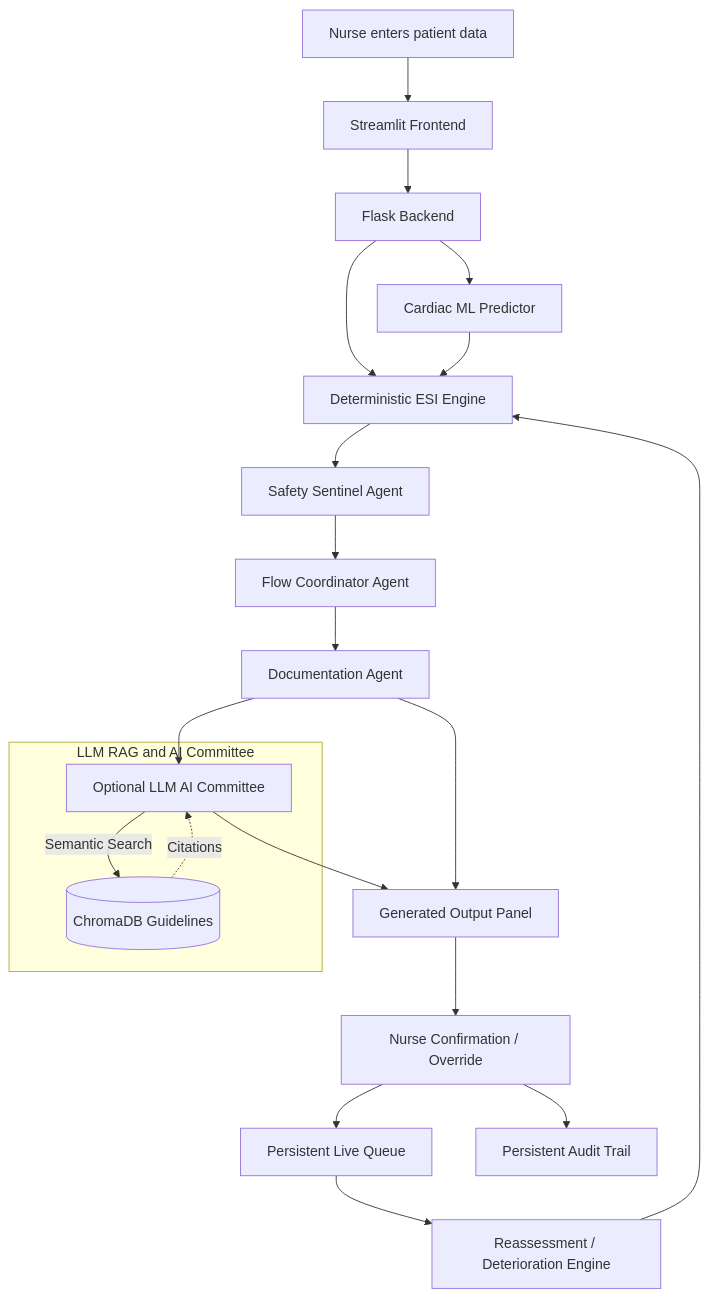
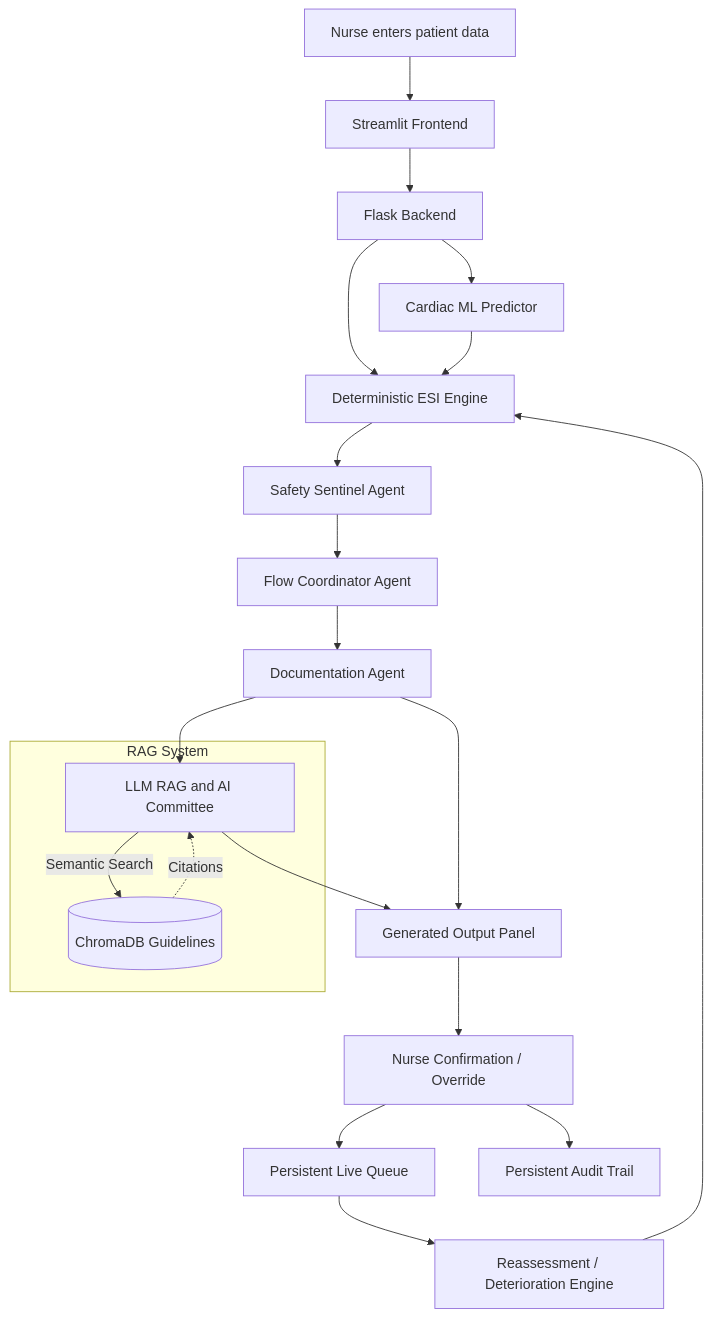
The first of 2 diagrams in README.md (draculess99/Triage-Assist-AI), drawn with Mermaid before and after one commit.

````diff
--- a/README.md
+++ b/README.md
@@ -230,28 +230,28 @@
 ```mermaid
 flowchart TD
     A[Nurse enters patient data] --> B[Streamlit Frontend]
     B --> C[Flask Backend]
     C --> D[Cardiac ML Predictor]
     C --> E[Deterministic ESI Engine]
     D --> E
     E --> F[Safety Sentinel Agent]
     F --> G[Flow Coordinator Agent]
     G --> H[Documentation Agent]
     
-    subgraph LLM RAG and AI Committee
-        AI[Optional LLM AI Committee]
+    subgraph RAG System
+        AI[LLM RAG and AI Committee]
         RAG[(ChromaDB Guidelines)]
     end
     
     H --> AI
     AI -->|Semantic Search| RAG
     RAG -.->|Citations| AI
     
     AI --> I[Generated Output Panel]
     H --> I
     I --> J[Nurse Confirmation / Override]
     J --> K[Persistent Live Queue]
     J --> L[Persistent Audit Trail]
     K --> M[Reassessment / Deterioration Engine]
     M --> E
 ```
````
